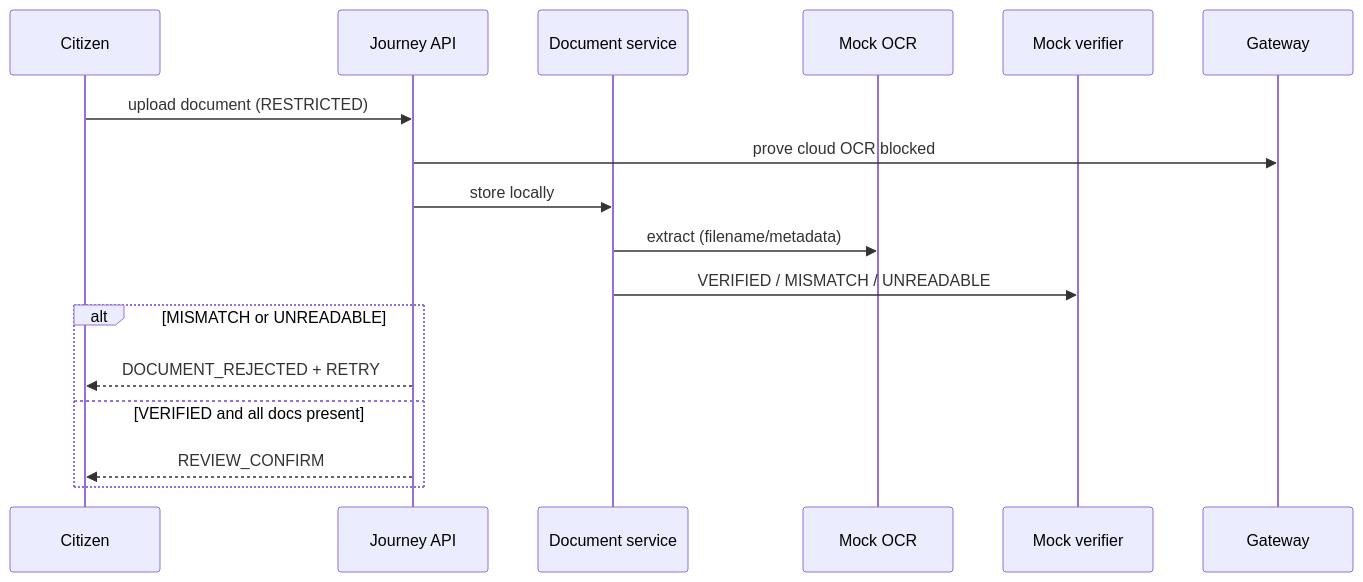
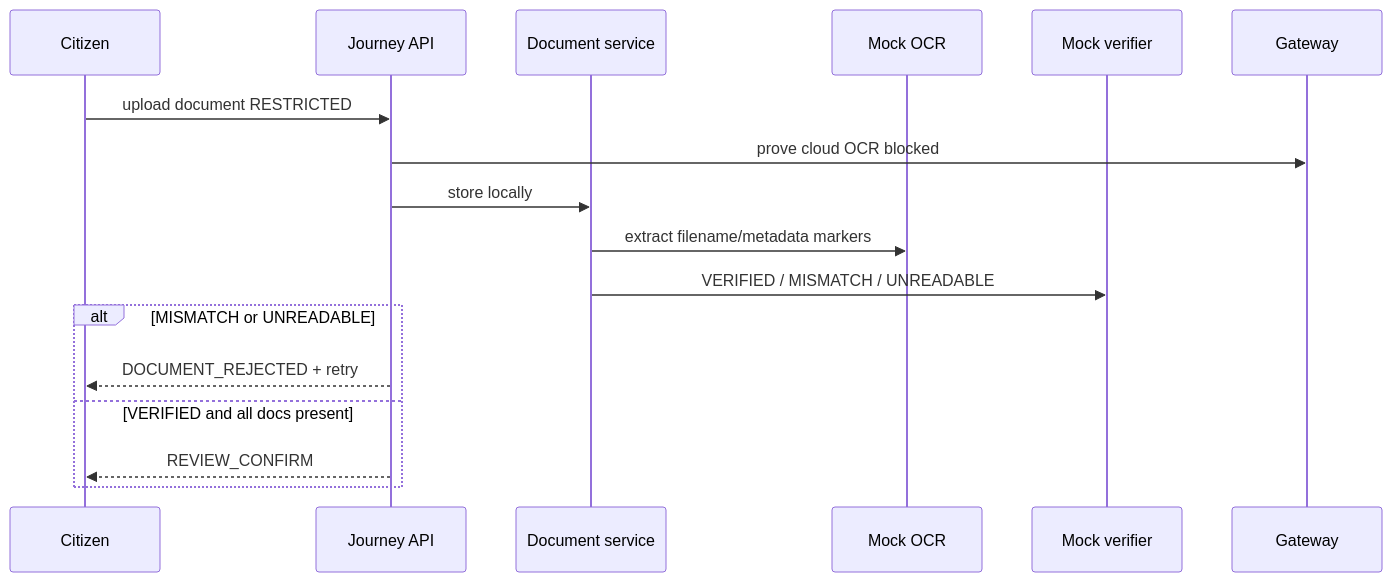
Before and after one commit to Gautamprakash17/multilingual-voice-revenue-services: diagram 13 of 15 in docs/diagrams.md, drawn with Mermaid. The commit also changed other lines of this file and 2 other files, not shown here.

First line of the commit message:
docs: sync architecture diagrams and data classification with codebase

````diff
--- a/docs/diagrams.md
+++ b/docs/diagrams.md
@@ -127,19 +373,19 @@
 ```mermaid
 sequenceDiagram
   participant U as Citizen
   participant API as Journey API
   participant D as Document service
   participant O as Mock OCR
   participant V as Mock verifier
   participant G as Gateway
-  U->>API: upload document (RESTRICTED)
+  U->>API: upload document RESTRICTED
   API->>G: prove cloud OCR blocked
   API->>D: store locally
-  D->>O: extract (filename/metadata)
+  D->>O: extract filename/metadata markers
   D->>V: VERIFIED / MISMATCH / UNREADABLE
   alt MISMATCH or UNREADABLE
-    API-->>U: DOCUMENT_REJECTED + RETRY
+    API-->>U: DOCUMENT_REJECTED + retry
   else VERIFIED and all docs present
     API-->>U: REVIEW_CONFIRM
   end
 ```
````
